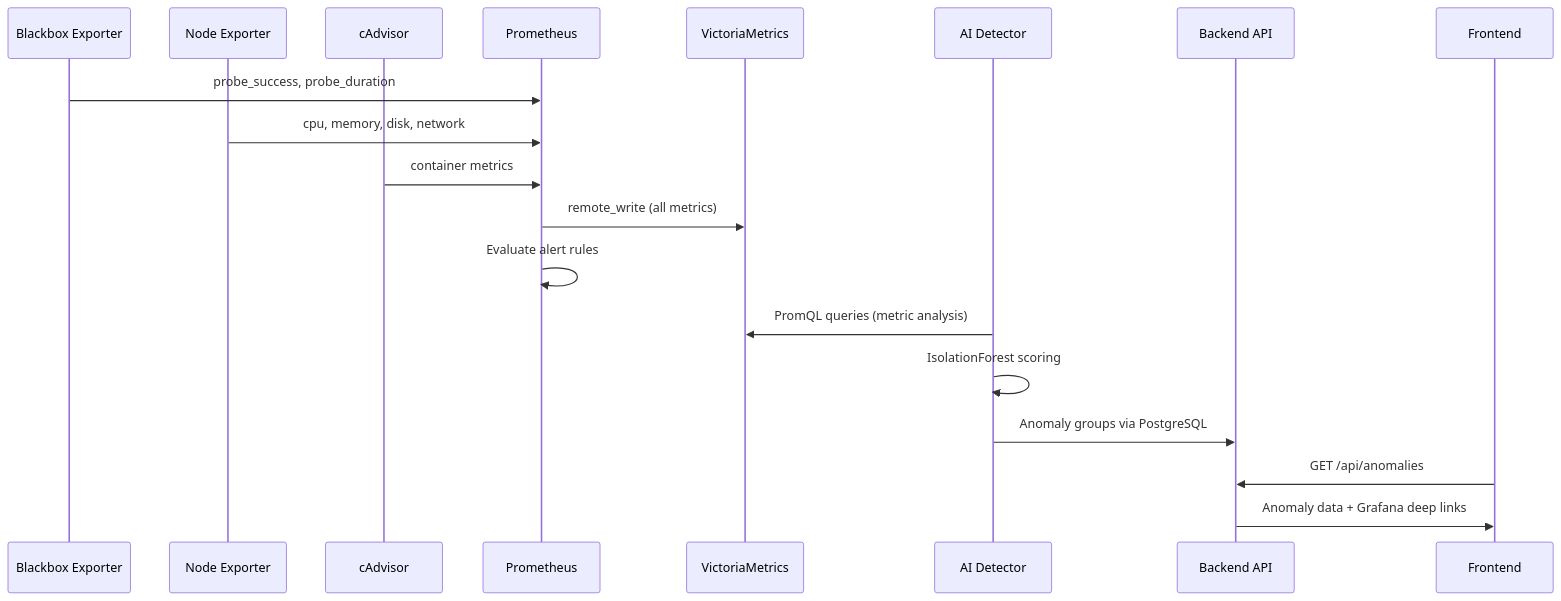
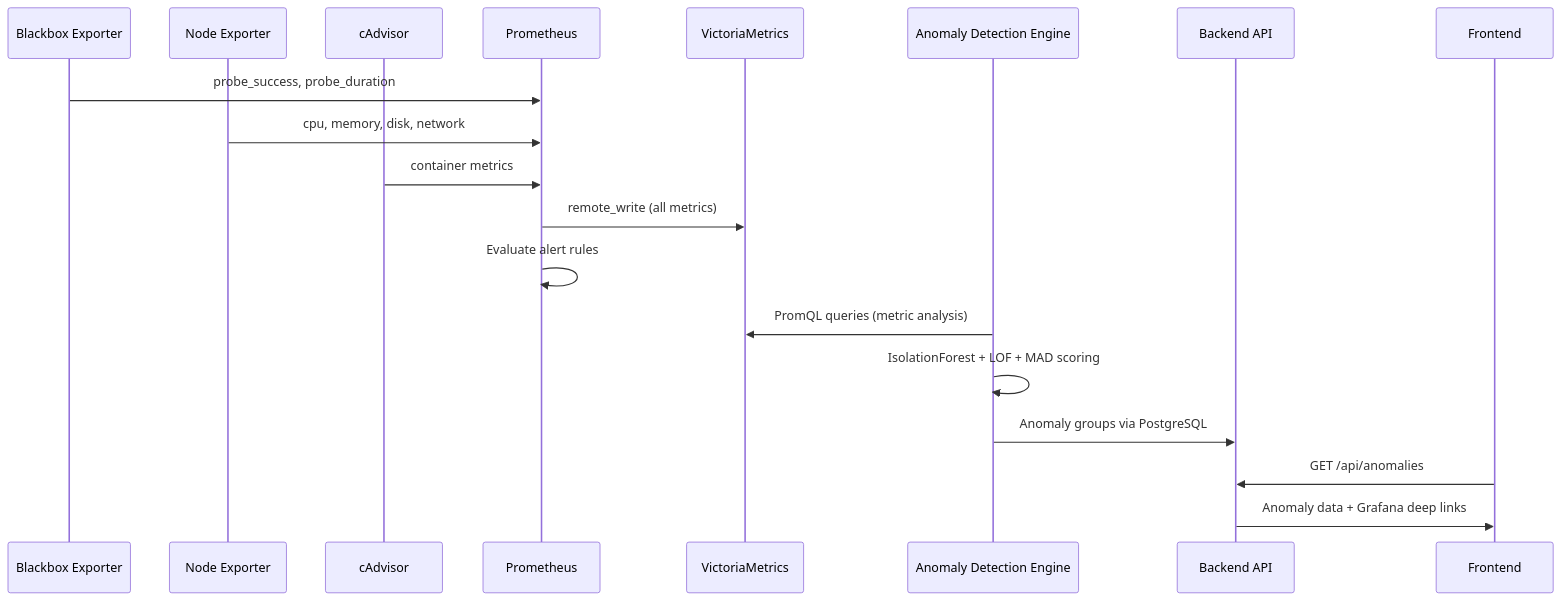
One commit to Rafael2712/rhinometric-overview changed the second of 4 diagrams in ARCHITECTURE.md. Above: the diagram before and after it, drawn with Mermaid. The commit also changed other lines of this file and 9 other files, not shown here.

````diff
--- a/ARCHITECTURE.md
+++ b/ARCHITECTURE.md
@@ -117,22 +120,22 @@
 ```mermaid
 sequenceDiagram
     participant BBE as Blackbox Exporter
     participant NE as Node Exporter
     participant CA as cAdvisor
     participant P as Prometheus
     participant VM as VictoriaMetrics
-    participant AI as AI Detector
+    participant AI as Anomaly Detection Engine
     participant BE as Backend API
     participant FE as Frontend
-    
+
     BBE->>P: probe_success, probe_duration
     NE->>P: cpu, memory, disk, network
     CA->>P: container metrics
     P->>VM: remote_write (all metrics)
     P->>P: Evaluate alert rules
     AI->>VM: PromQL queries (metric analysis)
-    AI->>AI: IsolationForest scoring
+    AI->>AI: IsolationForest + LOF + MAD scoring
     AI->>BE: Anomaly groups via PostgreSQL
     FE->>BE: GET /api/anomalies
     BE->>FE: Anomaly data + Grafana deep links
 ```
````
